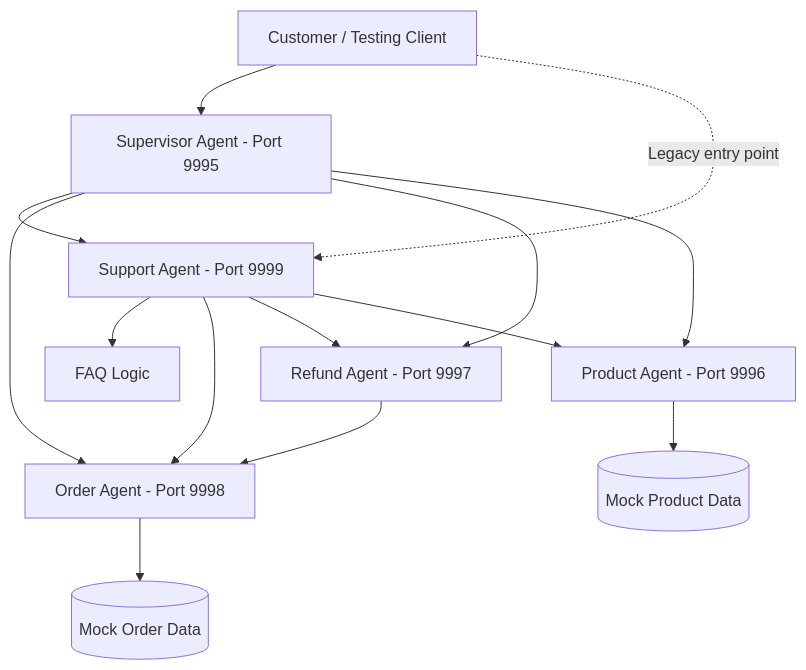
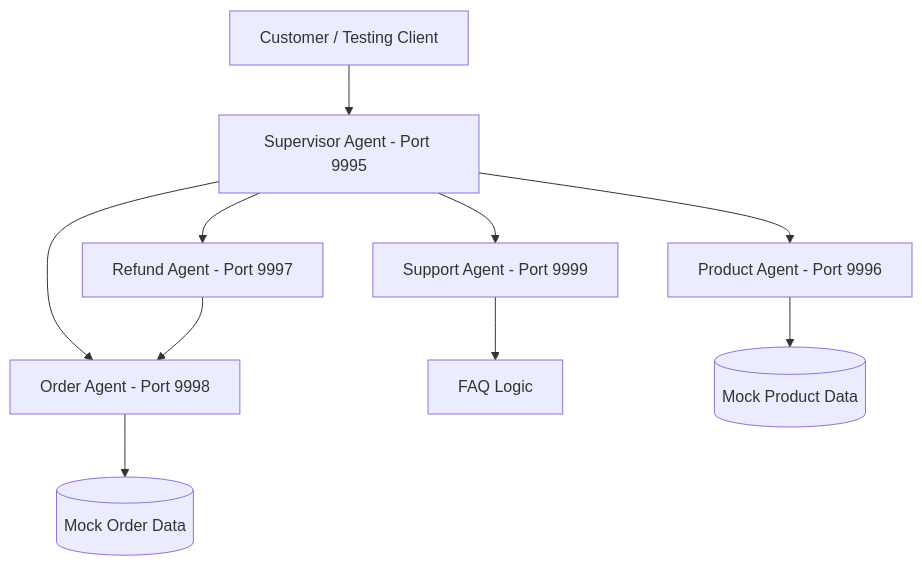
One commit to laihan1/zero-cost-a2a-customer-support changed the first of 2 diagrams in README.md. Above: the diagram before and after it, drawn with Mermaid. The commit also changed other lines of this file and 8 other files, not shown here.

````diff
--- a/README.md
+++ b/README.md
@@ -45,26 +47,22 @@
 ```mermaid
 flowchart TD
     Customer[Customer / Testing Client]
     Supervisor[Supervisor Agent - Port 9995]
     Support[Support Agent - Port 9999]
     Order[Order Agent - Port 9998]
     Refund[Refund Agent - Port 9997]
     Product[Product Agent - Port 9996]
     FAQ[FAQ Logic]
     OrderData[(Mock Order Data)]
     ProductData[(Mock Product Data)]
 
     Customer --> Supervisor
-    Customer -. Legacy entry point .-> Support
     Supervisor --> Support
     Supervisor --> Order
     Supervisor --> Refund
     Supervisor --> Product
     Support --> FAQ
-    Support --> Order
-    Support --> Refund
-    Support --> Product
     Refund --> Order
     Order --> OrderData
     Product --> ProductData
 ```
````
